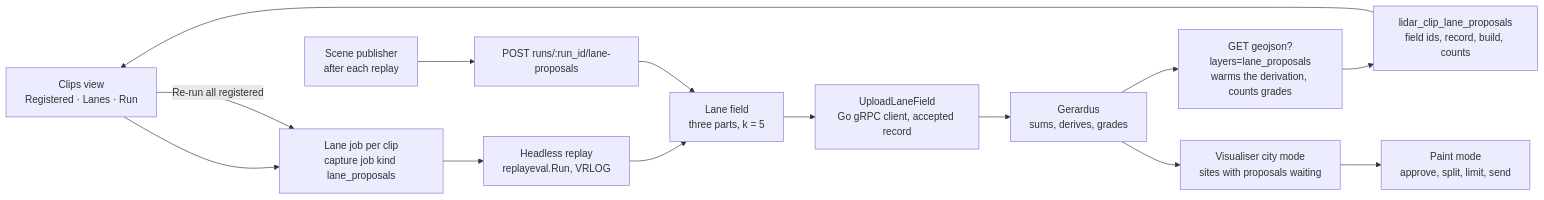
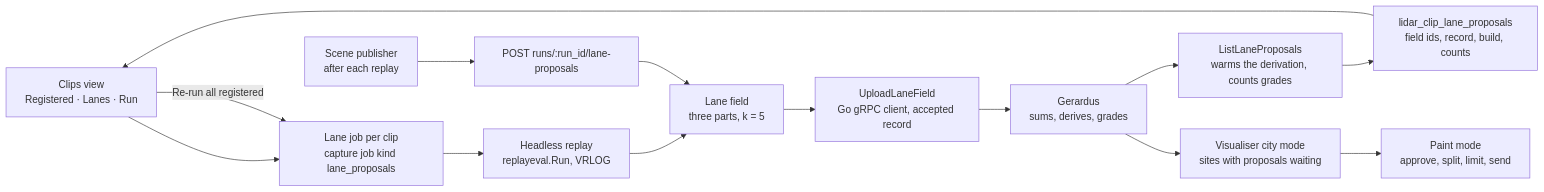
One commit to banshee-data/velocity.report changed the diagram in docs/plans/lidar-lane-field-batch-plan.md. Above: the diagram before and after it, drawn with Mermaid. The commit also changed other lines of this file and 61 other files, not shown here.

First line of the commit message:
[ai][go][sql][js][py][mac][docs] Lane proposals across the corpus: a job per clip, the clips view and Lanes to review (#961)

````diff
--- a/docs/plans/lidar-lane-field-batch-plan.md
+++ b/docs/plans/lidar-lane-field-batch-plan.md
@@ -113,16 +113,16 @@
 ```mermaid
 flowchart LR
   C[Clips view<br/>Registered · Lanes · Run] --> J[Lane job per clip<br/>capture job kind lane_proposals]
   C -- Re-run all registered --> J
   S[Scene publisher<br/>after each replay] --> R[POST runs/:run_id/lane-proposals]
   J --> P[Headless replay<br/>replayeval.Run, VRLOG]
   P --> F[Lane field<br/>three parts, k = 5]
   R --> F
   F --> U[UploadLaneField<br/>Go gRPC client, accepted record]
   U --> G[Gerardus<br/>sums, derives, grades]
-  G --> D[GET geojson?layers=lane_proposals<br/>warms the derivation, counts grades]
+  G --> D[ListLaneProposals<br/>warms the derivation, counts grades]
   D --> T[lidar_clip_lane_proposals<br/>field ids, record, build, counts]
   T --> C
   G --> V[Visualiser city mode<br/>sites with proposals waiting]
   V --> PM[Paint mode<br/>approve, split, limit, send]
 ```
````
